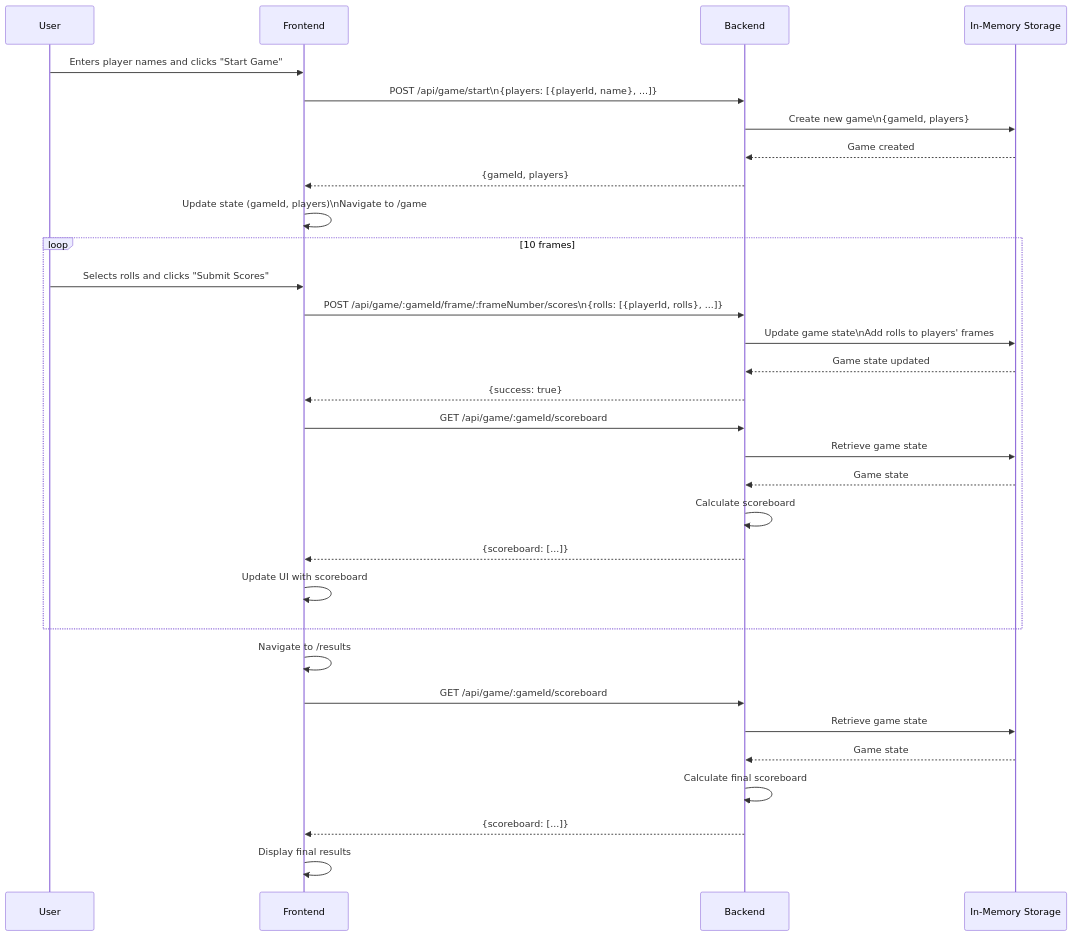
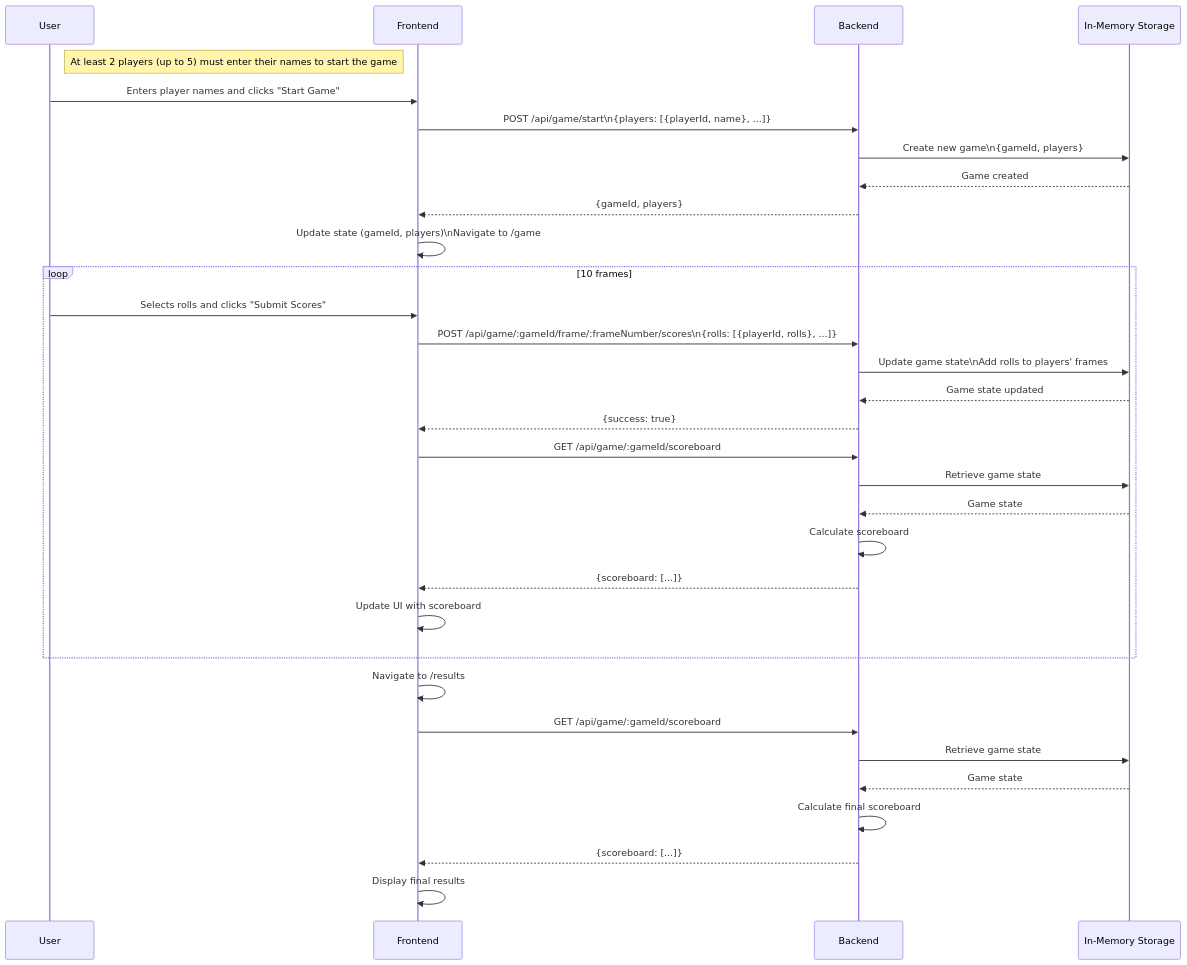
One commit to vanthonglee/bowling-score-tracker changed the diagram in README.md. Above: the diagram before and after it, drawn with Mermaid.

Commit message:
chore: update README sequence diagram

````diff
--- a/README.md
+++ b/README.md
@@ -18,43 +18,42 @@
 ```mermaid
-
 sequenceDiagram
     participant User
     participant FE as Frontend
     participant BE as Backend
     participant IMS as In-Memory Storage
 
     %% Start a New Game
+    note right of User: At least 2 players (up to 5) must enter their names to start the game
     User->>FE: Enters player names and clicks "Start Game"
     FE->>BE: POST /api/game/start\n{players: [{playerId, name}, ...]}
     BE->>IMS: Create new game\n{gameId, players}
     IMS-->>BE: Game created
     BE-->>FE: {gameId, players}
     FE->>FE: Update state (gameId, players)\nNavigate to /game
 
     %% Play 10 Frames
     loop 10 frames
         User->>FE: Selects rolls and clicks "Submit Scores"
         FE->>BE: POST /api/game/:gameId/frame/:frameNumber/scores\n{rolls: [{playerId, rolls}, ...]}
         BE->>IMS: Update game state\nAdd rolls to players' frames
         IMS-->>BE: Game state updated
         BE-->>FE: {success: true}
 
         %% Fetch Scoreboard After Each Frame
         FE->>BE: GET /api/game/:gameId/scoreboard
         BE->>IMS: Retrieve game state
         IMS-->>BE: Game state
         BE->>BE: Calculate scoreboard
         BE-->>FE: {scoreboard: [...]}
         FE->>FE: Update UI with scoreboard
     end
 
     %% Navigate to Results
     FE->>FE: Navigate to /results
     FE->>BE: GET /api/game/:gameId/scoreboard
     BE->>IMS: Retrieve game state
     IMS-->>BE: Game state
     BE->>BE: Calculate final scoreboard
     BE-->>FE: {scoreboard: [...]}
     FE->>FE: Display final results
-
 ```
````
